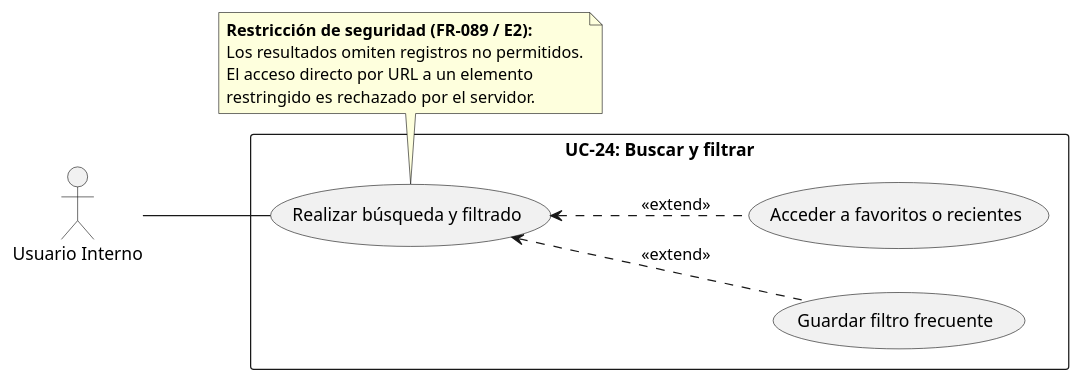
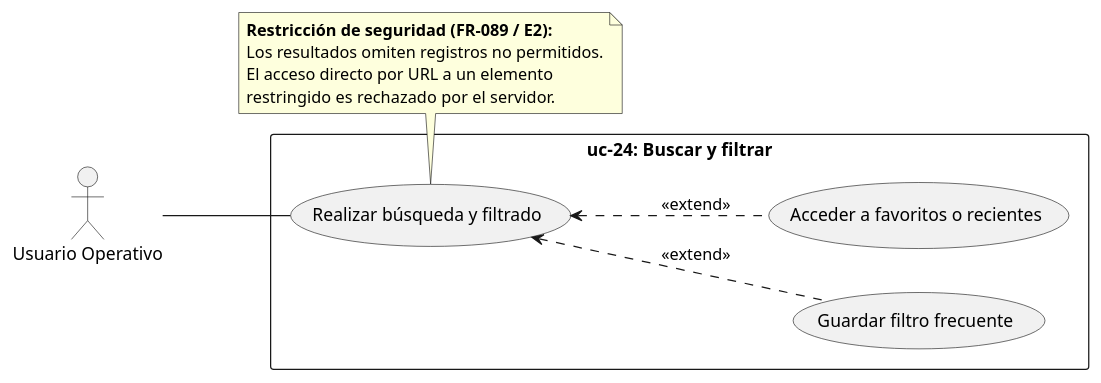
Before and after one commit to pablorv3/Hienitas-ADAP: the diagram in doc/src/casos-uso/uc-24-buscar-filtrar.pu, drawn with PlantUML. The commit also changed 28 other files, not shown here.

Commit message:
uml diagram fixes

```diff
--- a/doc/src/casos-uso/uc-24-buscar-filtrar.pu
+++ b/doc/src/casos-uso/uc-24-buscar-filtrar.pu
@@ -1,28 +1,28 @@
 @startuml uc-24
     left to right direction
     skinparam packageStyle rectangle
 
-    actor "Usuario Interno" as UI
+    actor "Usuario Operativo" as UI
 
-    rectangle "UC-24: Buscar y filtrar" {
+    rectangle "uc-24: Buscar y filtrar" {
         usecase "Realizar búsqueda y filtrado" as UC_Buscar
         usecase "Guardar filtro frecuente" as UC_Guardar
         usecase "Acceder a favoritos o recientes" as UC_Favoritos
 
         ' Opciones secundarias derivadas de la búsqueda
         UC_Buscar <.. UC_Guardar : <<extend>>
         UC_Buscar <.. UC_Favoritos : <<extend>>
     }
 
     ' Nota de seguridad sobre los resultados
     note bottom of UC_Buscar
     <b>Restricción de seguridad (FR-089 / E2):</b>
     Los resultados omiten registros no permitidos.
     El acceso directo por URL a un elemento
     restringido es rechazado por el servidor.
     end note
 
     ' Asociación simple
     UI -- UC_Buscar
 
 @enduml
```
